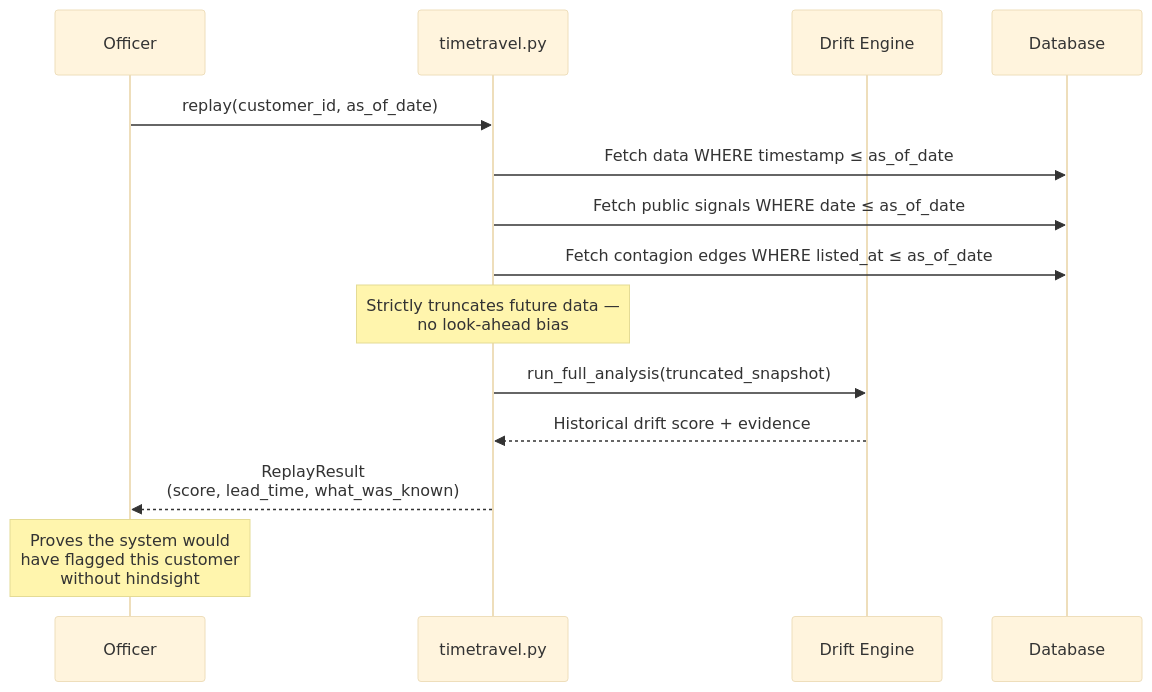
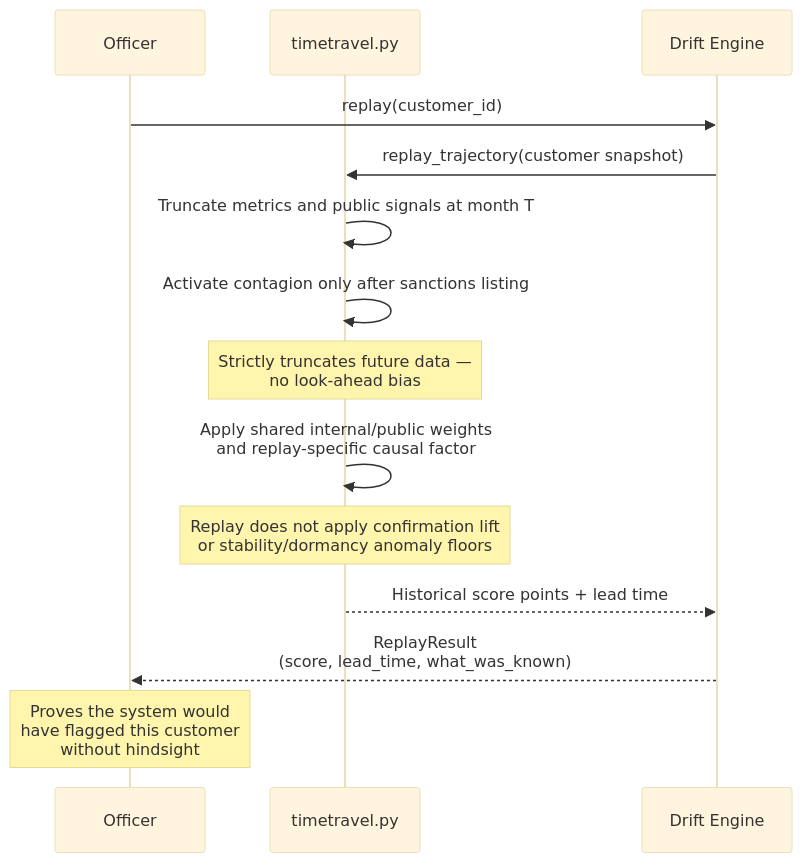
The fourth of 4 diagrams in docs/drift-engine.md (SteveDok22/Swisshacks-2026), drawn with Mermaid (base theme) before and after one commit. The commit also changed other lines of this file and 9 other files, not shown here.

````diff
--- a/docs/drift-engine.md
+++ b/docs/drift-engine.md
@@ -236,20 +248,20 @@
 ```mermaid
 sequenceDiagram
     participant O as Officer
     participant TT as timetravel.py
     participant DE as Drift Engine
-    participant DB as Database
 
-    O->>TT: replay(customer_id, as_of_date)
-    TT->>DB: Fetch data WHERE timestamp ≤ as_of_date
-    TT->>DB: Fetch public signals WHERE date ≤ as_of_date
-    TT->>DB: Fetch contagion edges WHERE listed_at ≤ as_of_date
+    O->>DE: replay(customer_id)
+    DE->>TT: replay_trajectory(customer snapshot)
+    TT->>TT: Truncate metrics and public signals at month T
+    TT->>TT: Activate contagion only after sanctions listing
 
     note over TT: Strictly truncates future data —<br/>no look-ahead bias
 
-    TT->>DE: run_full_analysis(truncated_snapshot)
-    DE-->>TT: Historical drift score + evidence
-    TT-->>O: ReplayResult<br/>(score, lead_time, what_was_known)
+    TT->>TT: Apply shared internal/public weights<br/>and replay-specific causal factor
+    note over TT: Replay does not apply confirmation lift<br/>or stability/dormancy anomaly floors
+    TT-->>DE: Historical score points + lead time
+    DE-->>O: ReplayResult<br/>(score, lead_time, what_was_known)
 
     note over O: Proves the system would<br/>have flagged this customer<br/>without hindsight
 ```
````
